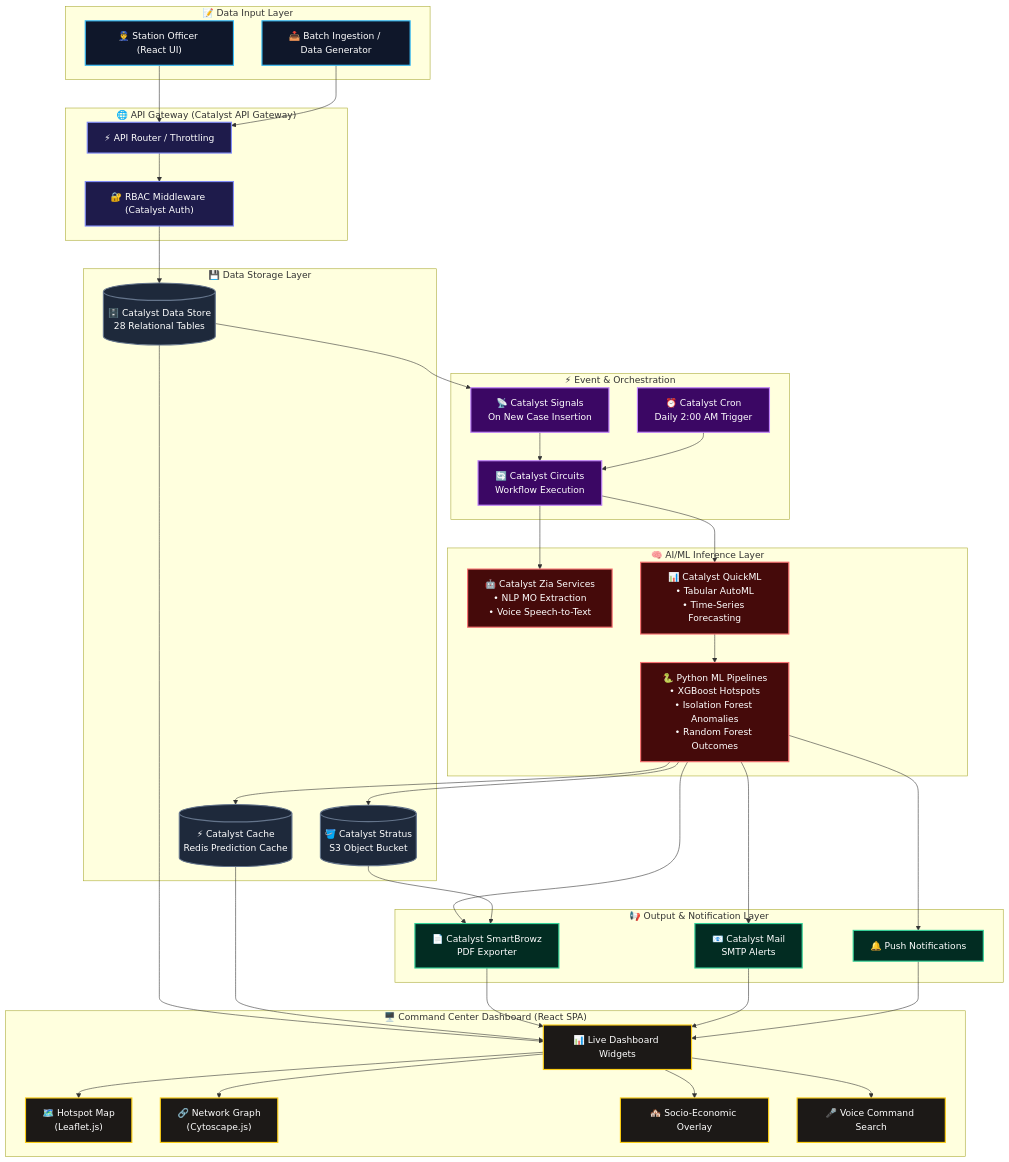
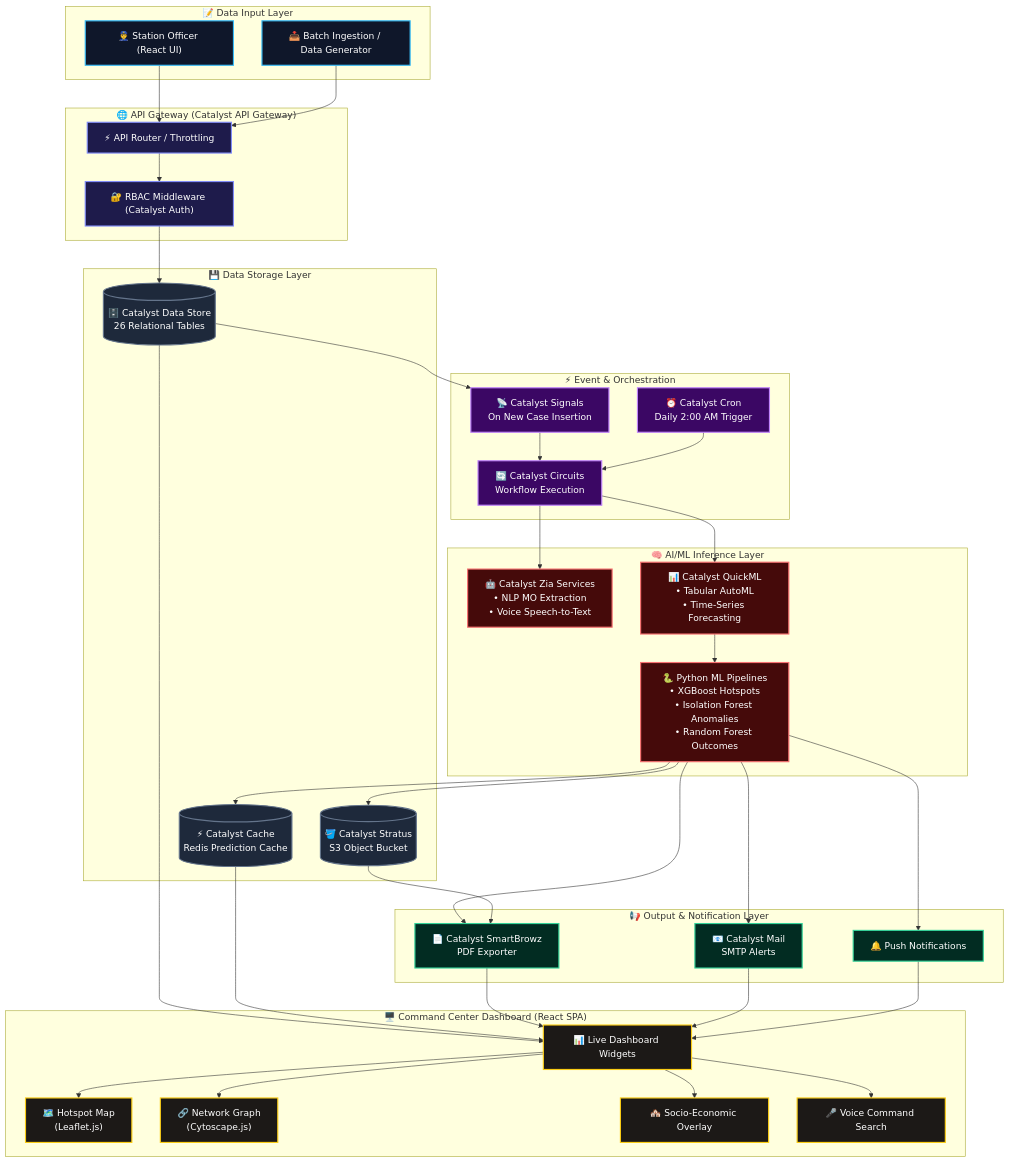
The diagram in README.md (Team-Infinite-Parallax/Crime-Intelligence-Agent), drawn with Mermaid before and after one commit. The commit also changed other lines of this file and 22 other files, not shown here.

Commit message:
Update dashboard, README, and refresh graphify knowledge graph

```diff
--- a/README.md
+++ b/README.md
@@ -80,7 +111,7 @@
 
     %% Storage Layer
     subgraph storage_layer["💾 Data Storage Layer"]
-        DS[(🗄️ Catalyst Data Store<br/>28 Relational Tables)]
+        DS[(🗄️ Catalyst Data Store<br/>26 Relational Tables)]
         CACHE[(⚡ Catalyst Cache<br/>Redis Prediction Cache)]
         STRATUS[(🪣 Catalyst Stratus<br/>S3 Object Bucket)]
     end
@@ -136,14 +167,14 @@
     PY --> BROWZ
     PY --> MAIL
     PY --> PUSH
-    
+
     DS --> DASH
     CACHE --> DASH
     STRATUS --> BROWZ
     BROWZ --> DASH
     MAIL --> DASH
     PUSH --> DASH
-    
+
     DASH --> MAP
     DASH --> NET
     DASH --> SOCIO
```
